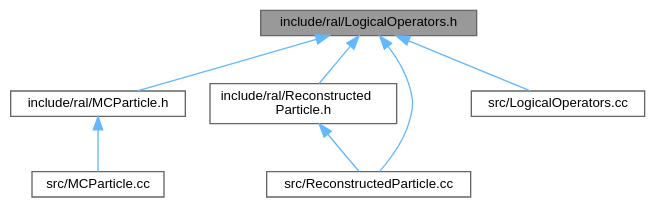
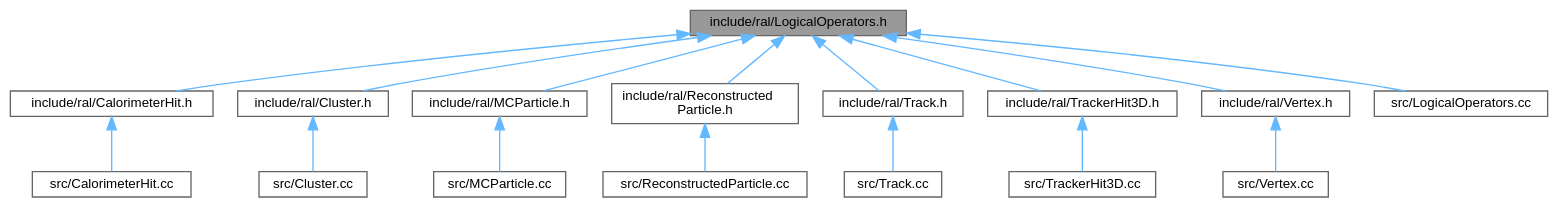
Before and after one commit to HEP-FCC/ral: the diagram in docs/LogicalOperators_8h__dep__incl.dot, drawn with Graphviz. The commit also changed 112 other files, not shown here.

```diff
--- a/docs/LogicalOperators_8h__dep__incl.dot
+++ b/docs/LogicalOperators_8h__dep__incl.dot
@@ -1,19 +1,38 @@
 digraph "include/ral/LogicalOperators.h"
 {
  // LATEX_PDF_SIZE
   bgcolor="transparent";
   edge [fontname=Helvetica,fontsize=10,labelfontname=Helvetica,labelfontsize=10];
   node [fontname=Helvetica,fontsize=10,shape=box,height=0.2,width=0.4];
   Node1 [id="Node000001",label="include/ral/LogicalOperators.h",height=0.2,width=0.4,color="gray40", fillcolor="grey60", style="filled", fontcolor="black",tooltip=" "];
   Node1 -> Node2 [id="edge1_Node000001_Node000002",dir="back",color="steelblue1",style="solid",tooltip=" "];
-  Node2 [id="Node000002",label="include/ral/MCParticle.h",height=0.2,width=0.4,color="grey40", fillcolor="white", style="filled",URL="$MCParticle_8h.html",tooltip=" "];
+  Node2 [id="Node000002",label="include/ral/CalorimeterHit.h",height=0.2,width=0.4,color="grey40", fillcolor="white", style="filled",URL="$CalorimeterHit_8h.html",tooltip=" "];
   Node2 -> Node3 [id="edge2_Node000002_Node000003",dir="back",color="steelblue1",style="solid",tooltip=" "];
-  Node3 [id="Node000003",label="src/MCParticle.cc",height=0.2,width=0.4,color="grey40", fillcolor="white", style="filled",URL="$MCParticle_8cc.html",tooltip=" "];
+  Node3 [id="Node000003",label="src/CalorimeterHit.cc",height=0.2,width=0.4,color="grey40", fillcolor="white", style="filled",URL="$CalorimeterHit_8cc.html",tooltip=" "];
   Node1 -> Node4 [id="edge3_Node000001_Node000004",dir="back",color="steelblue1",style="solid",tooltip=" "];
-  Node4 [id="Node000004",label="include/ral/Reconstructed\lParticle.h",height=0.2,width=0.4,color="grey40", fillcolor="white", style="filled",URL="$ReconstructedParticle_8h.html",tooltip=" "];
+  Node4 [id="Node000004",label="include/ral/Cluster.h",height=0.2,width=0.4,color="grey40", fillcolor="white", style="filled",URL="$Cluster_8h.html",tooltip=" "];
   Node4 -> Node5 [id="edge4_Node000004_Node000005",dir="back",color="steelblue1",style="solid",tooltip=" "];
-  Node5 [id="Node000005",label="src/ReconstructedParticle.cc",height=0.2,width=0.4,color="grey40", fillcolor="white", style="filled",URL="$ReconstructedParticle_8cc.html",tooltip=" "];
+  Node5 [id="Node000005",label="src/Cluster.cc",height=0.2,width=0.4,color="grey40", fillcolor="white", style="filled",URL="$Cluster_8cc.html",tooltip=" "];
   Node1 -> Node6 [id="edge5_Node000001_Node000006",dir="back",color="steelblue1",style="solid",tooltip=" "];
-  Node6 [id="Node000006",label="src/LogicalOperators.cc",height=0.2,width=0.4,color="grey40", fillcolor="white", style="filled",URL="$LogicalOperators_8cc.html",tooltip=" "];
-  Node1 -> Node5 [id="edge6_Node000001_Node000005",dir="back",color="steelblue1",style="solid",tooltip=" "];
+  Node6 [id="Node000006",label="include/ral/MCParticle.h",height=0.2,width=0.4,color="grey40", fillcolor="white", style="filled",URL="$MCParticle_8h.html",tooltip=" "];
+  Node6 -> Node7 [id="edge6_Node000006_Node000007",dir="back",color="steelblue1",style="solid",tooltip=" "];
+  Node7 [id="Node000007",label="src/MCParticle.cc",height=0.2,width=0.4,color="grey40", fillcolor="white", style="filled",URL="$MCParticle_8cc.html",tooltip=" "];
+  Node1 -> Node8 [id="edge7_Node000001_Node000008",dir="back",color="steelblue1",style="solid",tooltip=" "];
+  Node8 [id="Node000008",label="include/ral/Reconstructed\lParticle.h",height=0.2,width=0.4,color="grey40", fillcolor="white", style="filled",URL="$ReconstructedParticle_8h.html",tooltip=" "];
+  Node8 -> Node9 [id="edge8_Node000008_Node000009",dir="back",color="steelblue1",style="solid",tooltip=" "];
+  Node9 [id="Node000009",label="src/ReconstructedParticle.cc",height=0.2,width=0.4,color="grey40", fillcolor="white", style="filled",URL="$ReconstructedParticle_8cc.html",tooltip=" "];
+  Node1 -> Node10 [id="edge9_Node000001_Node000010",dir="back",color="steelblue1",style="solid",tooltip=" "];
+  Node10 [id="Node000010",label="include/ral/Track.h",height=0.2,width=0.4,color="grey40", fillcolor="white", style="filled",URL="$Track_8h.html",tooltip=" "];
+  Node10 -> Node11 [id="edge10_Node000010_Node000011",dir="back",color="steelblue1",style="solid",tooltip=" "];
+  Node11 [id="Node000011",label="src/Track.cc",height=0.2,width=0.4,color="grey40", fillcolor="white", style="filled",URL="$Track_8cc.html",tooltip=" "];
+  Node1 -> Node12 [id="edge11_Node000001_Node000012",dir="back",color="steelblue1",style="solid",tooltip=" "];
+  Node12 [id="Node000012",label="include/ral/TrackerHit3D.h",height=0.2,width=0.4,color="grey40", fillcolor="white", style="filled",URL="$TrackerHit3D_8h.html",tooltip=" "];
+  Node12 -> Node13 [id="edge12_Node000012_Node000013",dir="back",color="steelblue1",style="solid",tooltip=" "];
+  Node13 [id="Node000013",label="src/TrackerHit3D.cc",height=0.2,width=0.4,color="grey40", fillcolor="white", style="filled",URL="$TrackerHit3D_8cc.html",tooltip=" "];
+  Node1 -> Node14 [id="edge13_Node000001_Node000014",dir="back",color="steelblue1",style="solid",tooltip=" "];
+  Node14 [id="Node000014",label="include/ral/Vertex.h",height=0.2,width=0.4,color="grey40", fillcolor="white", style="filled",URL="$Vertex_8h.html",tooltip=" "];
+  Node14 -> Node15 [id="edge14_Node000014_Node000015",dir="back",color="steelblue1",style="solid",tooltip=" "];
+  Node15 [id="Node000015",label="src/Vertex.cc",height=0.2,width=0.4,color="grey40", fillcolor="white", style="filled",URL="$Vertex_8cc.html",tooltip=" "];
+  Node1 -> Node16 [id="edge15_Node000001_Node000016",dir="back",color="steelblue1",style="solid",tooltip=" "];
+  Node16 [id="Node000016",label="src/LogicalOperators.cc",height=0.2,width=0.4,color="grey40", fillcolor="white", style="filled",URL="$LogicalOperators_8cc.html",tooltip=" "];
 }
```
